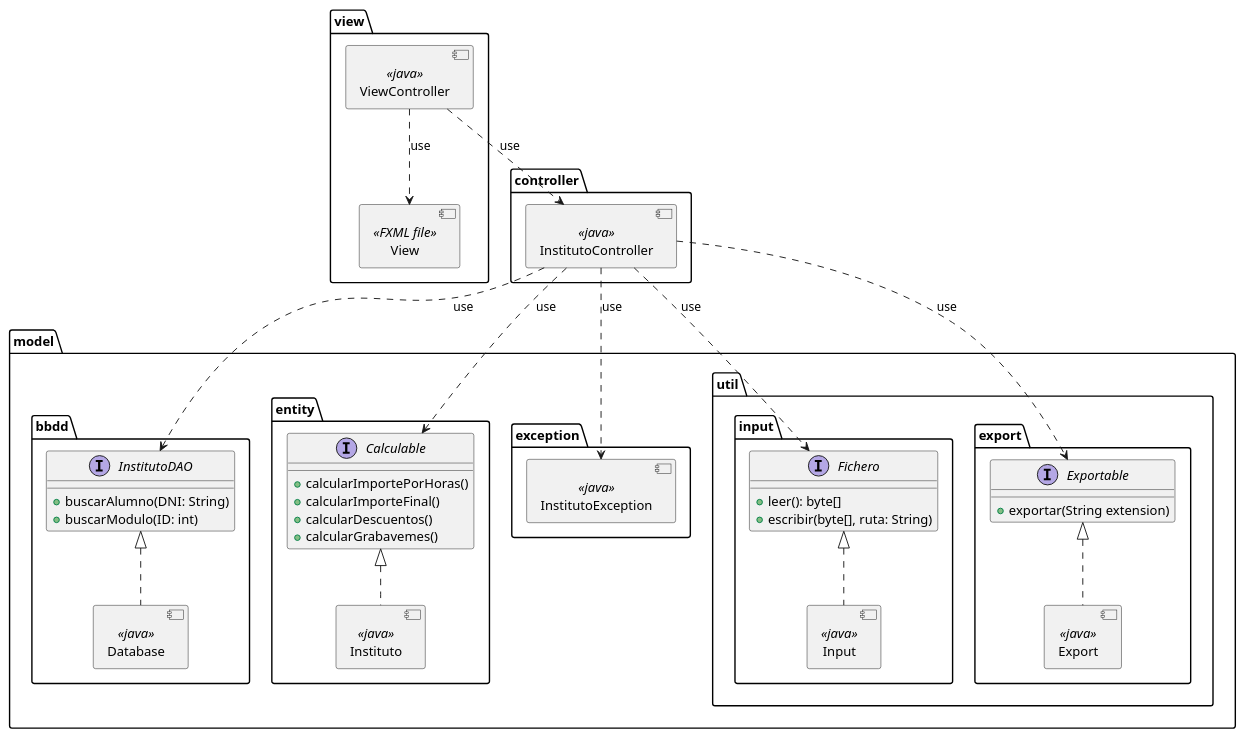
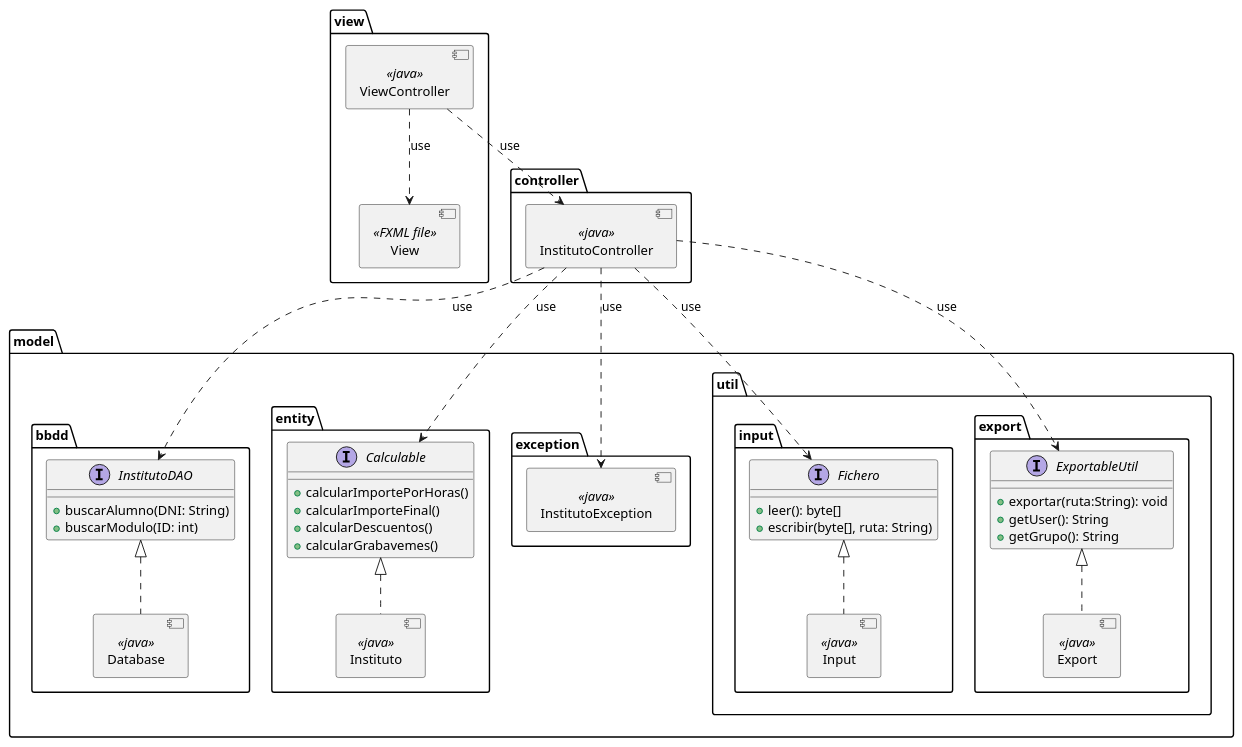
Before and after one commit to IR-Play88/simulacro2024: the second of 2 diagrams in desing/componentes.pu, drawn with PlantUML. The commit also changed 5 other files, not shown here.

Commit message:
Hemos avanzado en el diagrama de clases, modificado un apartado del diagraam de componentes y debemos repsaar el de clases y terminarlo para empezar la codificacion

```diff
--- a/desing/componentes.pu
+++ b/desing/componentes.pu
@@ -13,74 +13,76 @@
 @startuml disenyo
 allow_mixing
 top to bottom direction
 
 package view{
     component View <<FXML file>>
 
     component ViewController <<java>>
 }
 
 package controller{
     component InstitutoController <<java>>
 }
 
 package model{
     package bbdd{
         interface InstitutoDAO{
             +buscarAlumno(DNI: String)
             +buscarModulo(ID: int)
         }
 
         component Database <<java>>
 
         InstitutoDAO <|.. Database
     }
 
     package entity{
         interface Calculable {
             +calcularImportePorHoras()
             +calcularImporteFinal()
             +calcularDescuentos()
             +calcularGrabavemes()
         }
 
         component Instituto <<java>>
-        
+
         Calculable <|.. Instituto
     }
 
     package exception{
         component InstitutoException <<java>>
     }
 
     package util{
 
         package input{
             component Input <<java>>
             interface Fichero {
                 + leer(): byte[]
                 + escribir(byte[], ruta: String)
             }
         }
 
         package export{
-            interface Exportable {
-                + exportar(String extension)
+            interface ExportableUtil{
+                + exportar(ruta:String): void
+                + getUser(): String
+                + getGrupo(): String
             }
 
             component Export <<java>>
         }
-         Fichero <|.. Input
-         Exportable <|.. Export
+        Fichero <|.. Input
+        ExportableUtil <|.. Export
     }
 }
 
 ViewController ..> View: use
 ViewController ..> InstitutoController: use
 
-InstitutoController ..> Exportable: use
+InstitutoController ..> ExportableUtil: use
 InstitutoController ..> Fichero: use
 InstitutoController ..> InstitutoException: use
 InstitutoController ..> Calculable: use
 InstitutoController ..> InstitutoDAO: use
 @enduml
```
